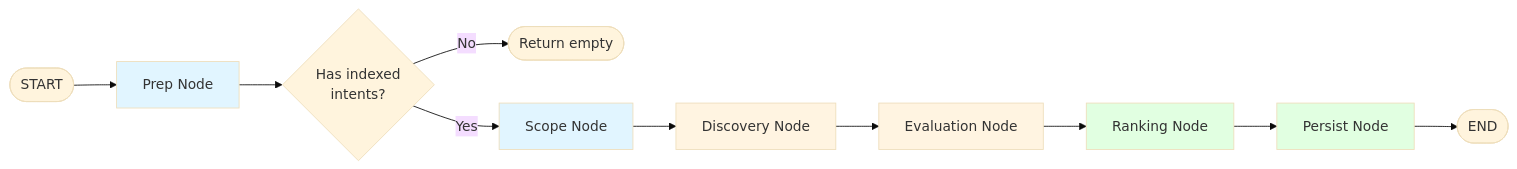
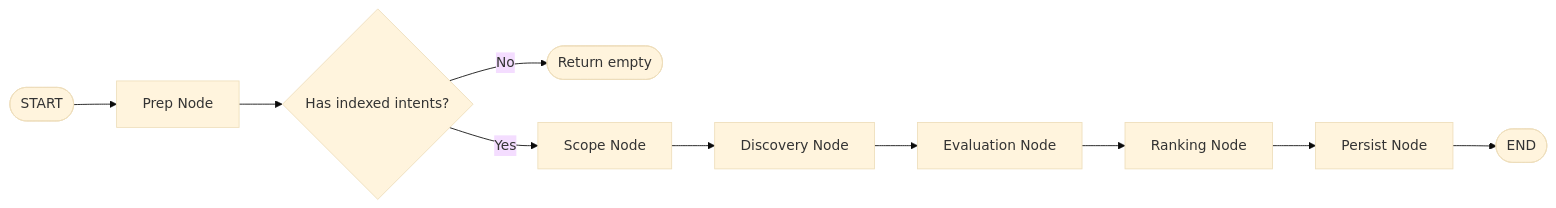
Before and after one commit to indexnetwork/claude-plugin: the fifth of 5 diagrams in protocol/src/lib/protocol/docs/Latent Opportunity Lifecycle.md, drawn with Mermaid (base theme). The commit also changed other lines of this file, not shown here.

````diff
--- a/protocol/src/lib/protocol/docs/Latent Opportunity Lifecycle.md
+++ b/protocol/src/lib/protocol/docs/Latent Opportunity Lifecycle.md
@@ -74,19 +164,12 @@
 ```mermaid
 graph LR
     START([START]) --> Prep[Prep Node]
-    Prep --> Check{Has indexed<br/>intents?}
+    Prep --> Check{Has indexed intents?}
     Check -->|No| Empty([Return empty])
     Check -->|Yes| Scope[Scope Node]
     Scope --> Discovery[Discovery Node]
     Discovery --> Evaluation[Evaluation Node]
     Evaluation --> Ranking[Ranking Node]
     Ranking --> Persist[Persist Node]
     Persist --> END([END])
-    
-    style Prep fill:#e1f5ff
-    style Scope fill:#e1f5ff
-    style Discovery fill:#fff4e1
-    style Evaluation fill:#fff4e1
-    style Ranking fill:#e1ffe1
-    style Persist fill:#e1ffe1
 ```
````
